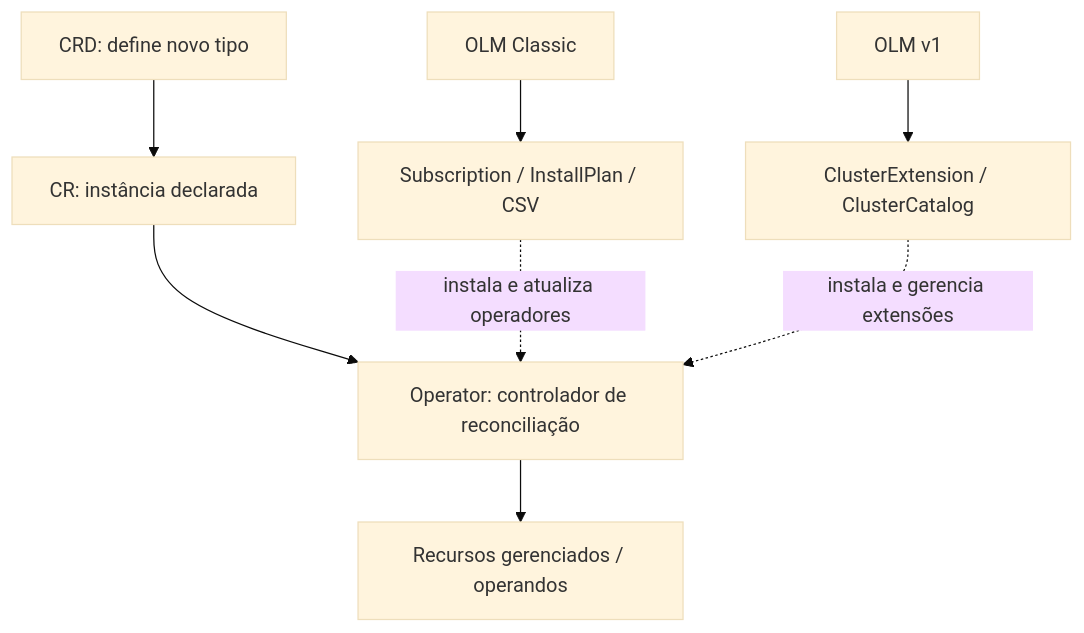
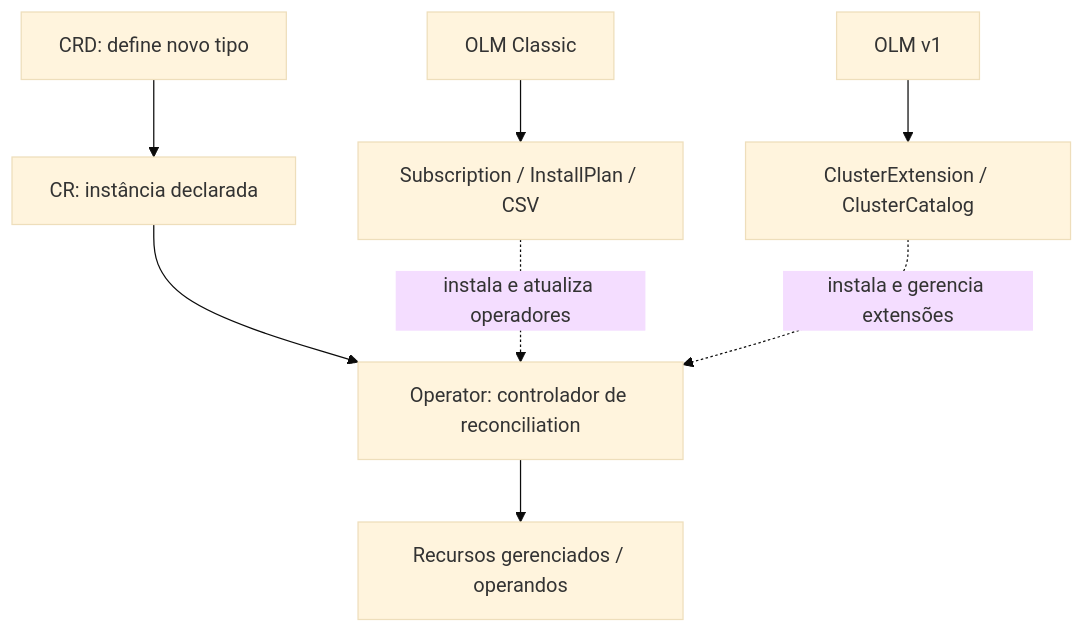
The diagram in diagramas/05-operators.md (eduardoandradej/glossario-openshift-kubernetes), drawn with Mermaid (base theme) before and after one commit. The commit also changed 40 other files, not shown here.

````diff
--- a/diagramas/05-operators.md
+++ b/diagramas/05-operators.md
@@ -3,10 +3,10 @@
 ```mermaid
 flowchart TB
     CRD[CRD: define novo tipo] --> CR[CR: instância declarada]
-    CR --> OP[Operator: controlador de reconciliação]
+    CR --> OP[Operator: controlador de reconciliation]
     OP --> P[Recursos gerenciados / operandos]
     C[OLM Classic] --> SUB[Subscription / InstallPlan / CSV]
     V[OLM v1] --> CE[ClusterExtension / ClusterCatalog]
     SUB -. instala e atualiza operadores .-> OP
     CE -. instala e gerencia extensões .-> OP
 ```
````
